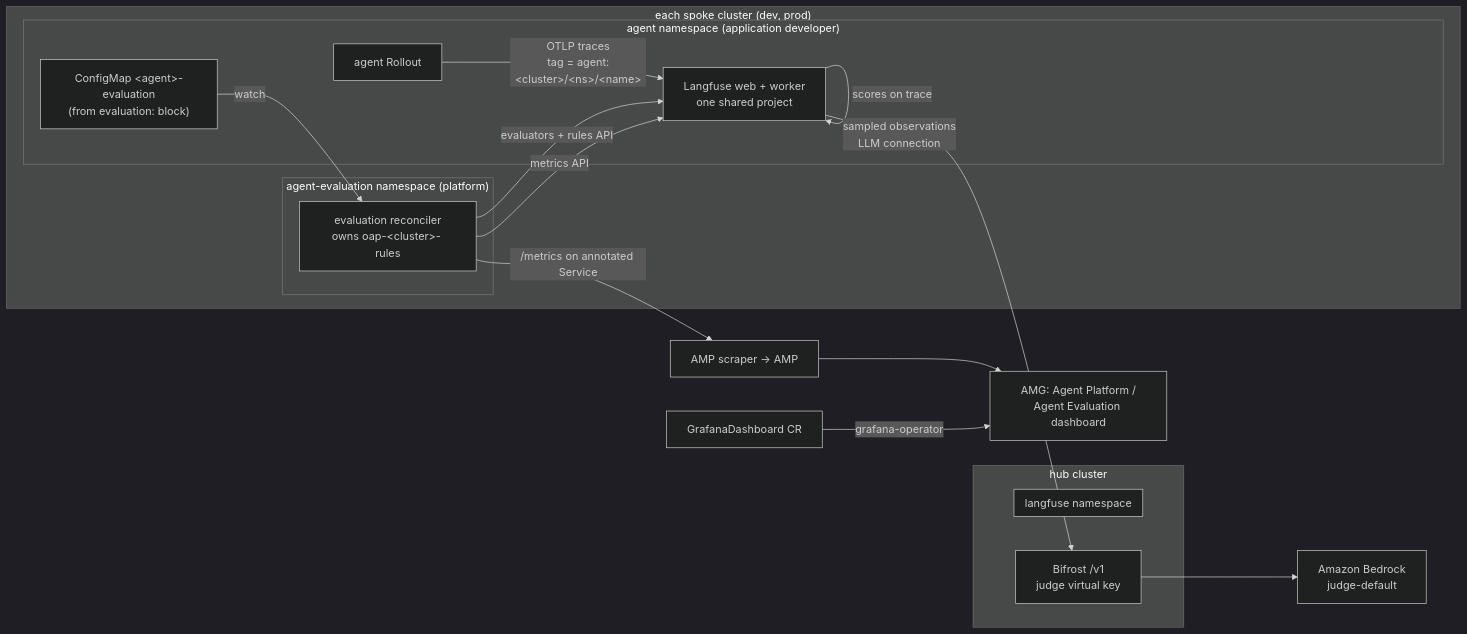
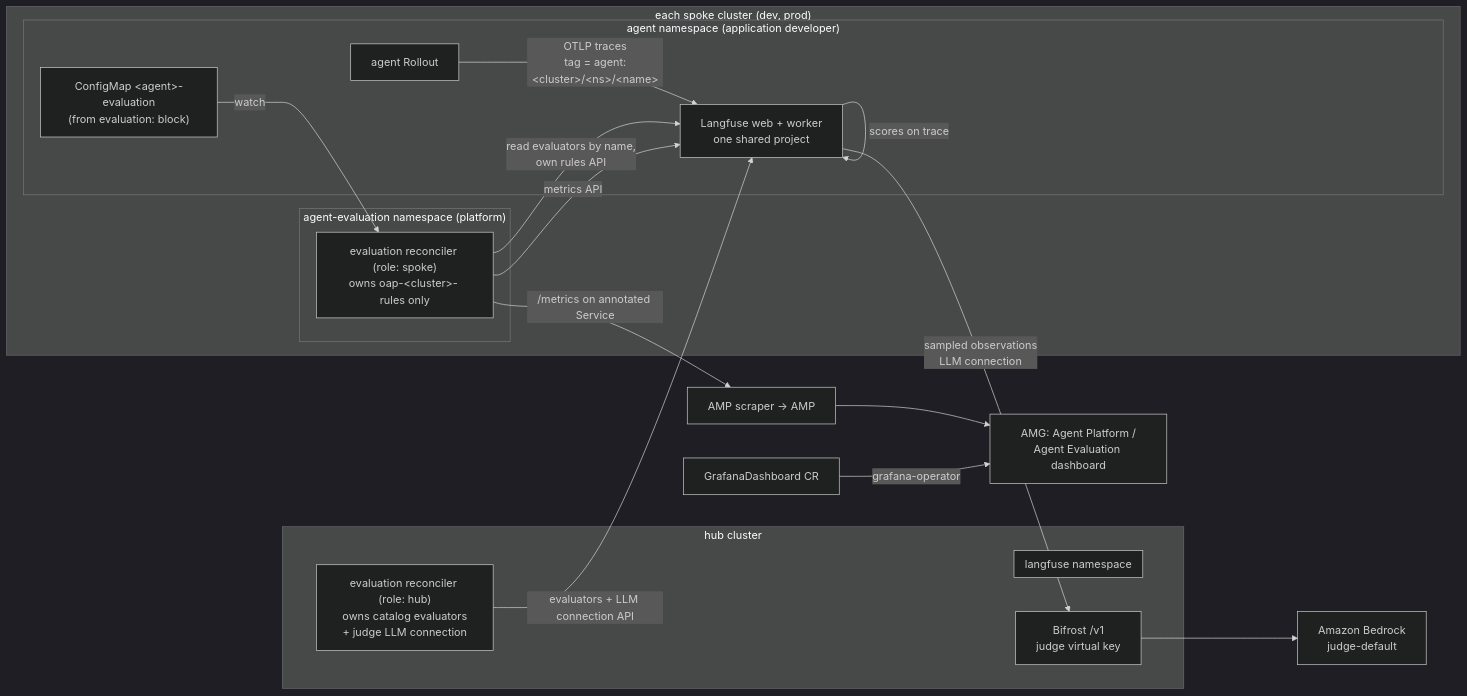
Before and after one commit to awslabs/open-agentic-platform: the third of 4 diagrams in docs/architecture/agent-evaluation.md, drawn with Mermaid (dark theme). The commit also changed other lines of this file, not shown here.

First line of the commit message:
docs(architecture): name one owner per Langfuse object, and record the evaluator component as a follow-up

````diff
--- a/docs/architecture/agent-evaluation.md
+++ b/docs/architecture/agent-evaluation.md
@@ -797,27 +907,29 @@
 ```mermaid
 flowchart LR
   subgraph SPOKE["each spoke cluster (dev, prod)"]
     subgraph NS["agent namespace (application developer)"]
       A["agent Rollout"] -- "OTLP traces<br/>tag = agent:&lt;cluster&gt;/&lt;ns&gt;/&lt;name&gt;" --> LF
       CM["ConfigMap &lt;agent&gt;-evaluation<br/>(from evaluation: block)"]
     end
     subgraph EV["agent-evaluation namespace (platform)"]
-      R["evaluation reconciler<br/>owns oap-&lt;cluster&gt;- rules"]
+      R["evaluation reconciler (role: spoke)<br/>owns oap-&lt;cluster&gt;- rules only"]
     end
   end
   subgraph HUB["hub cluster"]
     subgraph LFN["langfuse namespace"]
       LF["Langfuse web + worker<br/>one shared project"]
     end
+    RH["evaluation reconciler (role: hub)<br/>owns catalog evaluators<br/>+ judge LLM connection"]
     BF["Bifrost /v1<br/>judge virtual key"]
   end
   CM -- "watch" --> R
-  R -- "evaluators + rules API" --> LF
+  RH -- "evaluators + LLM connection API" --> LF
+  R -- "read evaluators by name,<br/>own rules API" --> LF
   LF -- "sampled observations<br/>LLM connection" --> BF
   BF --> BR["Amazon Bedrock<br/>judge-default"]
   LF -- "scores on trace" --> LF
   R -- "metrics API" --> LF
   R -- "/metrics on annotated Service" --> M["AMP scraper → AMP"]
   M --> G["AMG: Agent Platform /<br/>Agent Evaluation dashboard"]
   GD["GrafanaDashboard CR"] -- "grafana-operator" --> G
 ```
````
